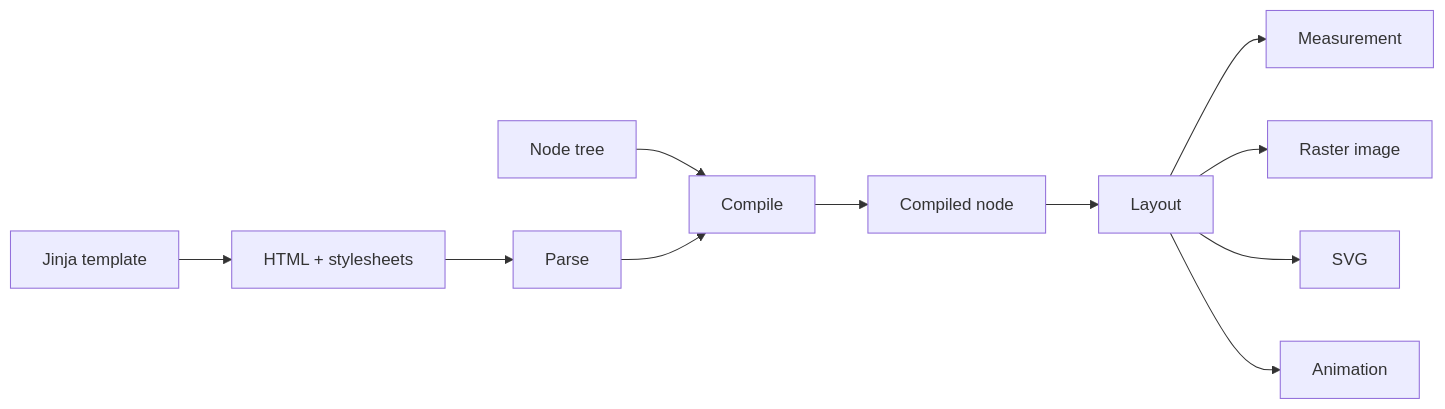
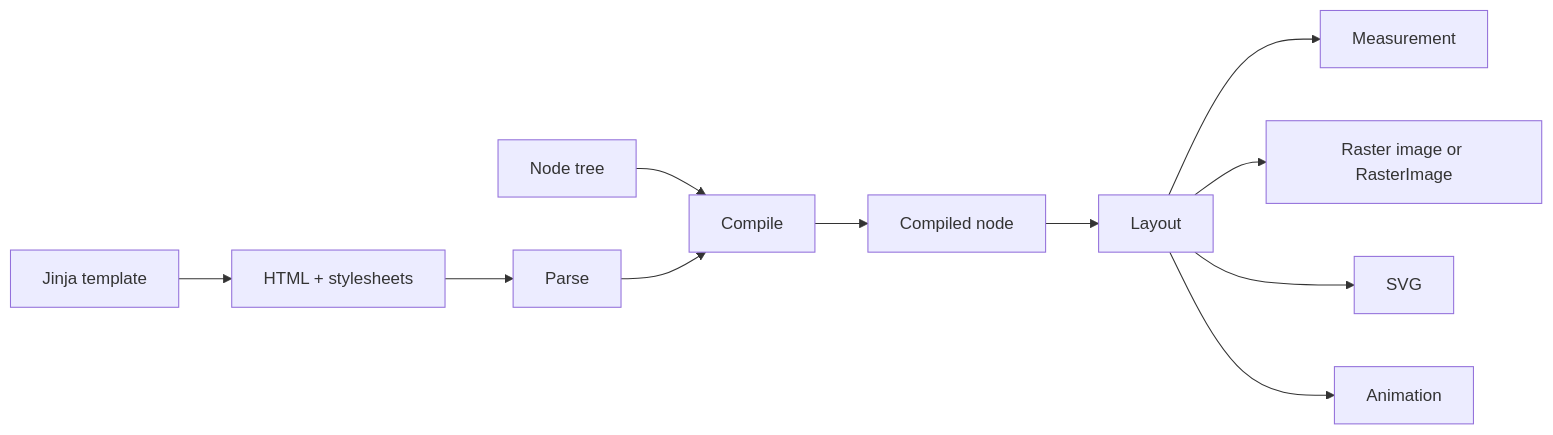
One commit to BalconyJH/takumi-py changed the diagram in docs/en/guides/rendering.md. Above: the diagram before and after it, drawn with Mermaid. The commit also changed other lines of this file and 45 other files, not shown here.

````diff
--- a/docs/en/guides/rendering.md
+++ b/docs/en/guides/rendering.md
@@ -5,12 +5,12 @@
 ```mermaid
 flowchart LR
     A["Node tree"] --> C["Compile"]
     B["HTML + stylesheets"] --> P["Parse"] --> C
     T["Jinja template"] --> B
     C --> D["Compiled node"]
     D --> L["Layout"]
     L --> M["Measurement"]
-    L --> R["Raster image"]
+    L --> R["Raster image or RasterImage"]
     L --> S["SVG"]
     L --> N["Animation"]
 ```
````
